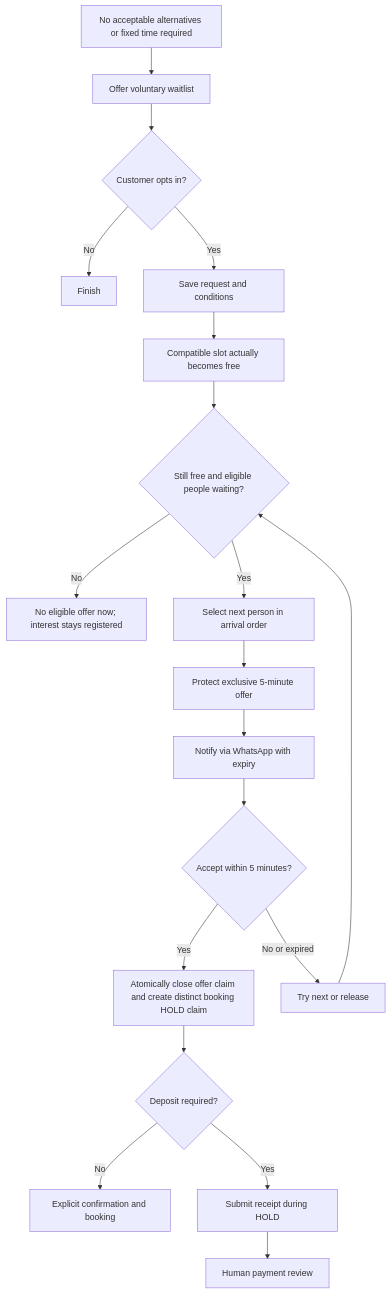
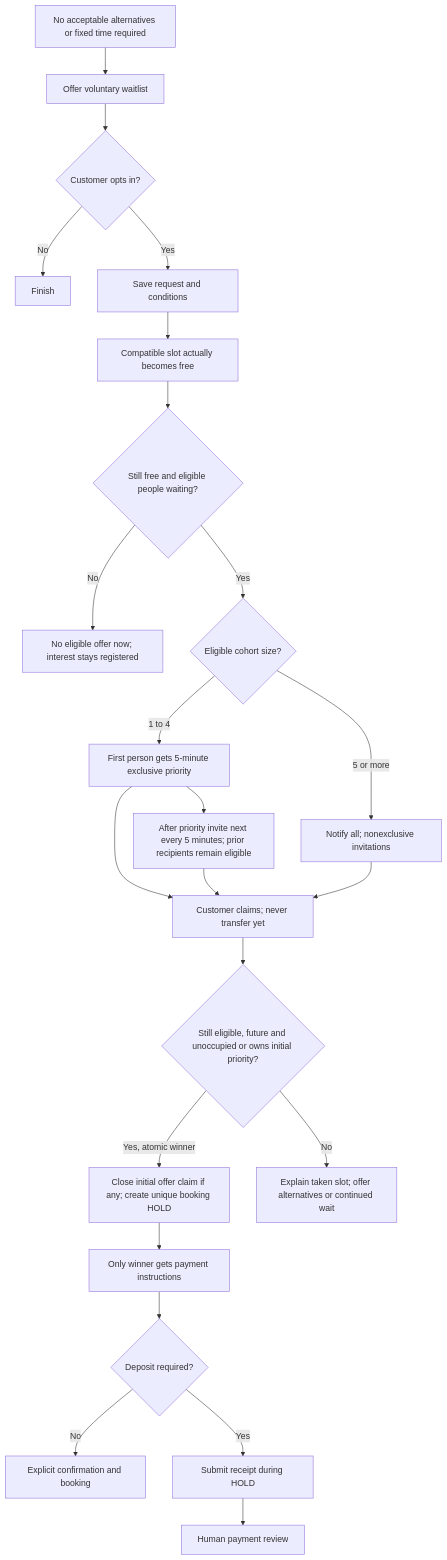
The fourth of 8 diagrams in docs/product-specs/uc-01/flows.md (nanonoir/Agendoxa), drawn with Mermaid before and after one commit. The commit also changed other lines of this file and 11 other files, not shown here.

````diff
--- a/docs/product-specs/uc-01/flows.md
+++ b/docs/product-specs/uc-01/flows.md
@@ -220,21 +234,25 @@
 ```mermaid
 flowchart TD
     A[No acceptable alternatives or fixed time required] --> B[Offer voluntary waitlist]
     B --> C{Customer opts in?}
     C -->|No| Z[Finish]
     C -->|Yes| D[Save request and conditions]
     D --> E[Compatible slot actually becomes free]
     E --> F{Still free and eligible people waiting?}
     F -->|No| Z2[No eligible offer now; interest stays registered]
-    F -->|Yes| G[Select next person in arrival order]
-    G --> H[Protect exclusive 5-minute offer]
-    H --> I[Notify via WhatsApp with expiry]
-    I --> J{Accept within 5 minutes?}
-    J -->|Yes| K[Atomically close offer claim and create distinct booking HOLD claim]
-    J -->|No or expired| L[Try next or release]
-    K --> M{Deposit required?}
+    F -->|Yes| G{Eligible cohort size?}
+    G -->|1 to 4| H[First person gets 5-minute exclusive priority]
+    G -->|5 or more| I[Notify all; nonexclusive invitations]
+    H --> J[After priority invite next every 5 minutes; prior recipients remain eligible]
+    H --> C1[Customer claims; never transfer yet]
+    J --> C1
+    I --> C1
+    C1 --> R{Still eligible, future and unoccupied or owns initial priority?}
+    R -->|Yes, atomic winner| K[Close initial offer claim if any; create unique booking HOLD]
+    R -->|No| L[Explain taken slot; offer alternatives or continued wait]
+    K --> WIN[Only winner gets payment instructions]
+    WIN --> M{Deposit required?}
     M -->|No| N[Explicit confirmation and booking]
     M -->|Yes| O[Submit receipt during HOLD]
     O --> P[Human payment review]
-    L --> F
 ```
````
